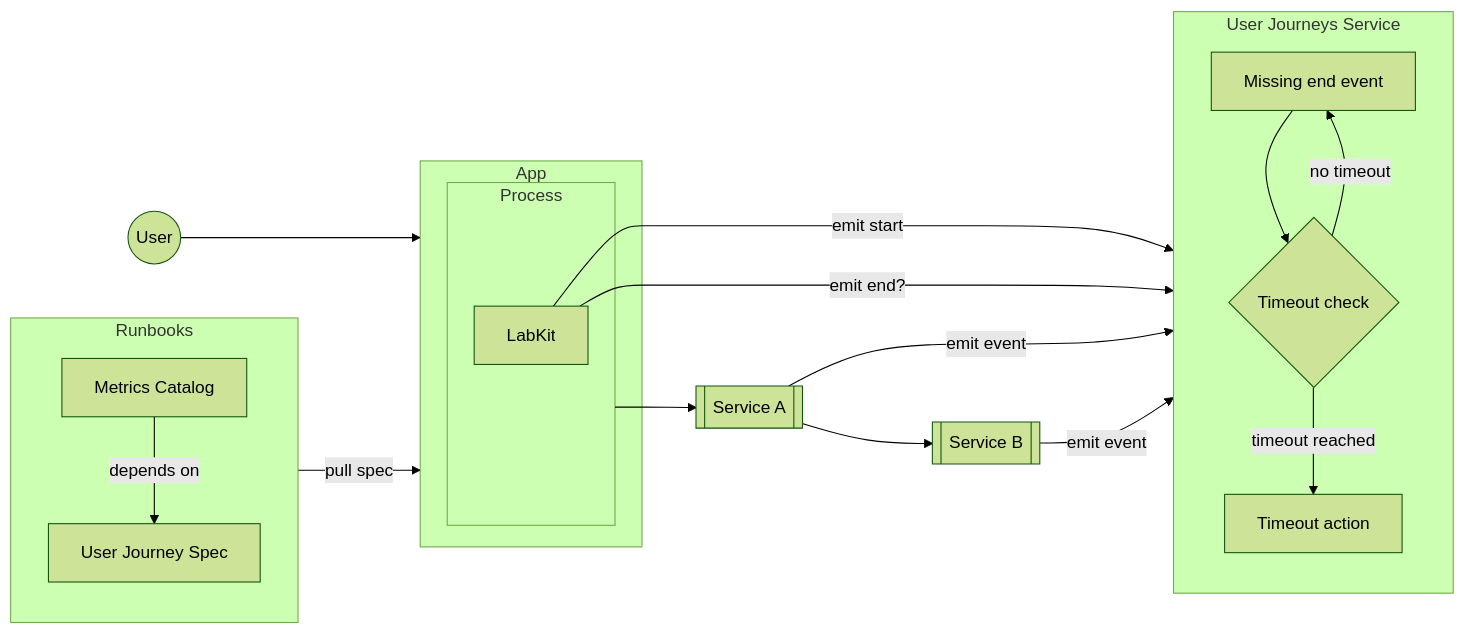
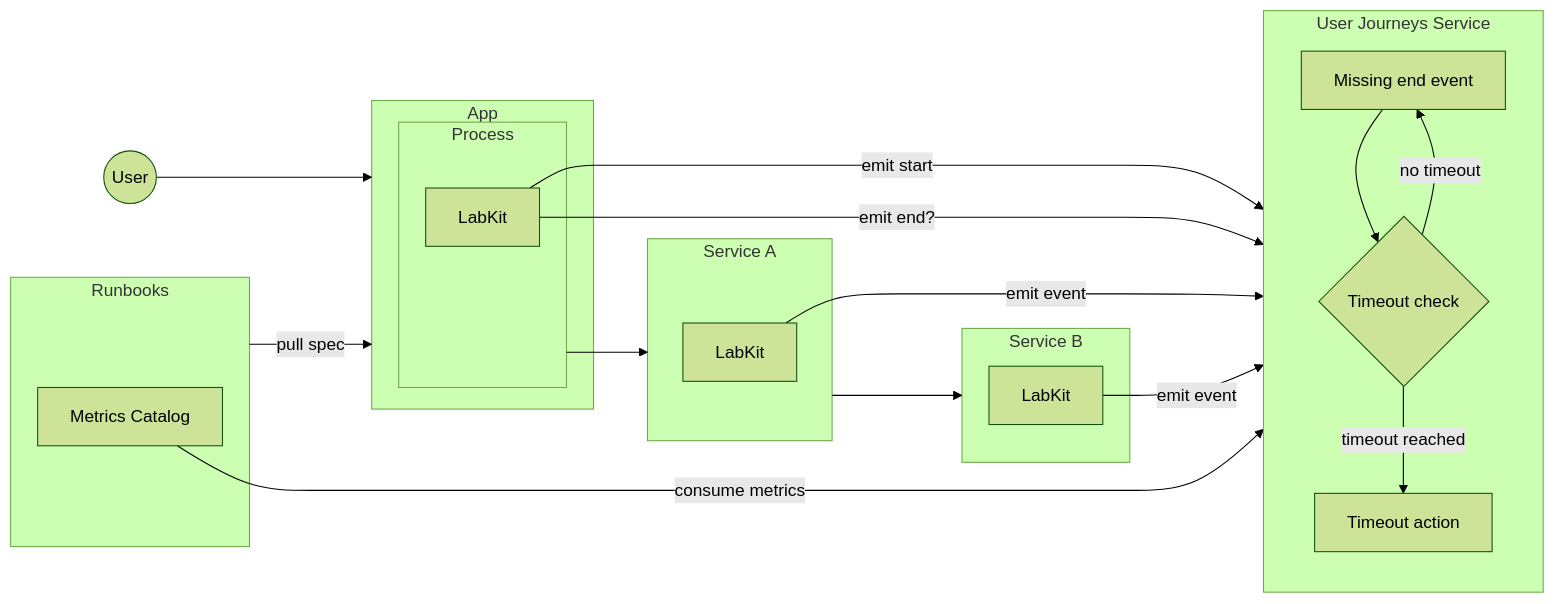
One commit to zalyoung/gitlab-handbook changed the first of 2 diagrams in content/handbook/engineering/architecture/design-documents/user_journey_slis/_index.md. Above: the diagram before and after it, drawn with Mermaid (forest theme). The commit also changed other lines of this file, not shown here.

````diff
--- a/content/handbook/engineering/architecture/design-documents/user_journey_slis/_index.md
+++ b/content/handbook/engineering/architecture/design-documents/user_journey_slis/_index.md
@@ -76,40 +76,42 @@
 ```mermaid
 flowchart LR
     User@{shape: circle}
 
     subgraph App
         subgraph Process
             LabKit
         end
     end
 
     subgraph journeyService[User Journeys Service]
         missing_end[Missing end event]
         timeout_check{Timeout check}
         timeout_action[Timeout action]
 
         missing_end --> timeout_check
         timeout_check --no timeout--> missing_end
         timeout_check --timeout reached--> timeout_action
     end
 
     subgraph Runbooks
-        spec[User Journey Spec]
         metricsCatalog[Metrics Catalog]
-
-        metricsCatalog --depends on--> spec
     end
 
-    s1@{shape: subproc, label: "Service A"}
-    s2@{shape: subproc, label: "Service B"}
+    subgraph s1[Service A]
+        LabKitS1[LabKit]
+    end
+    subgraph s2[Service B]
+        LabKitS2[LabKit]
+    end
 
     User --> App
     Process --> s1
     LabKit --emit start--> journeyService
     LabKit --emit end?--> journeyService
     s1 --> s2
-    s1 --emit event--> journeyService
-    s2 --emit event--> journeyService
+    LabKitS1 --emit event--> journeyService
+    LabKitS2 --emit event--> journeyService
 
     Runbooks --pull spec--> App
+    metricsCatalog --consume metrics--> journeyService
 ```
````
